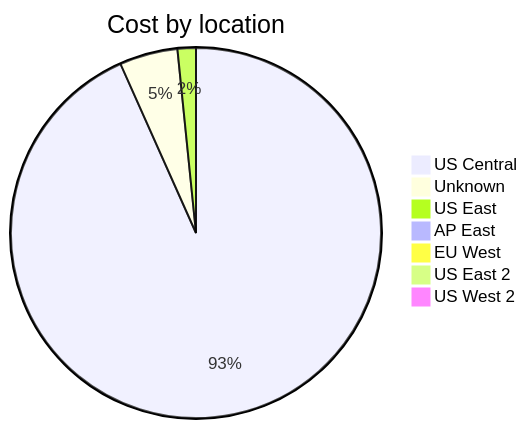
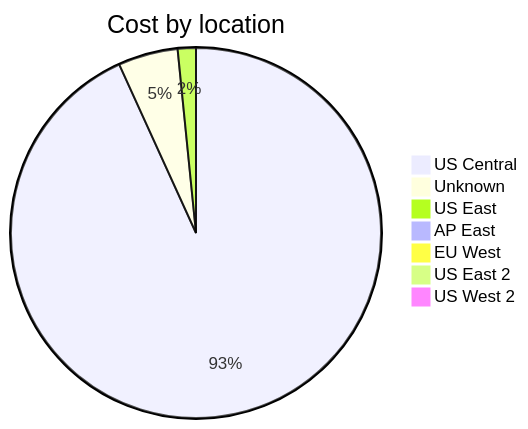
One commit to jpfulton/azure-personal-reports changed the third of 4 diagrams in cost-reports/accumulated-cost.md. Above: the diagram before and after it, drawn with Mermaid. The commit also changed other lines of this file and 4 other files, not shown here.

````diff
--- a/cost-reports/accumulated-cost.md
+++ b/cost-reports/accumulated-cost.md
@@ -123,11 +123,11 @@
 ```mermaid
 pie
    title Cost by location
-   "US Central" : 3.49
-   "Unknown" : 0.19
-   "US East" : 0.06
+   "US Central" : 4.11
+   "Unknown" : 0.23
+   "US East" : 0.07
    "AP East" : 0.00
    "EU West" : 0.00
    "US East 2" : 0.00
    "US West 2" : 0.00
 ```
````
